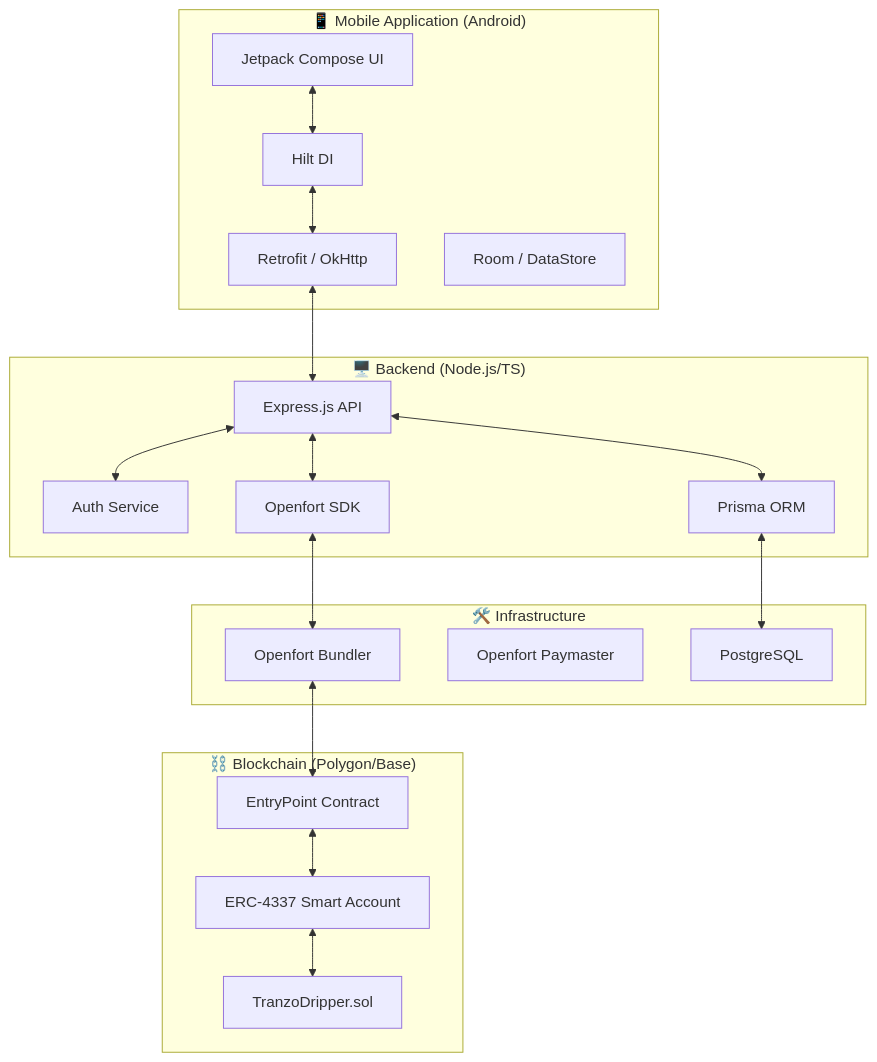
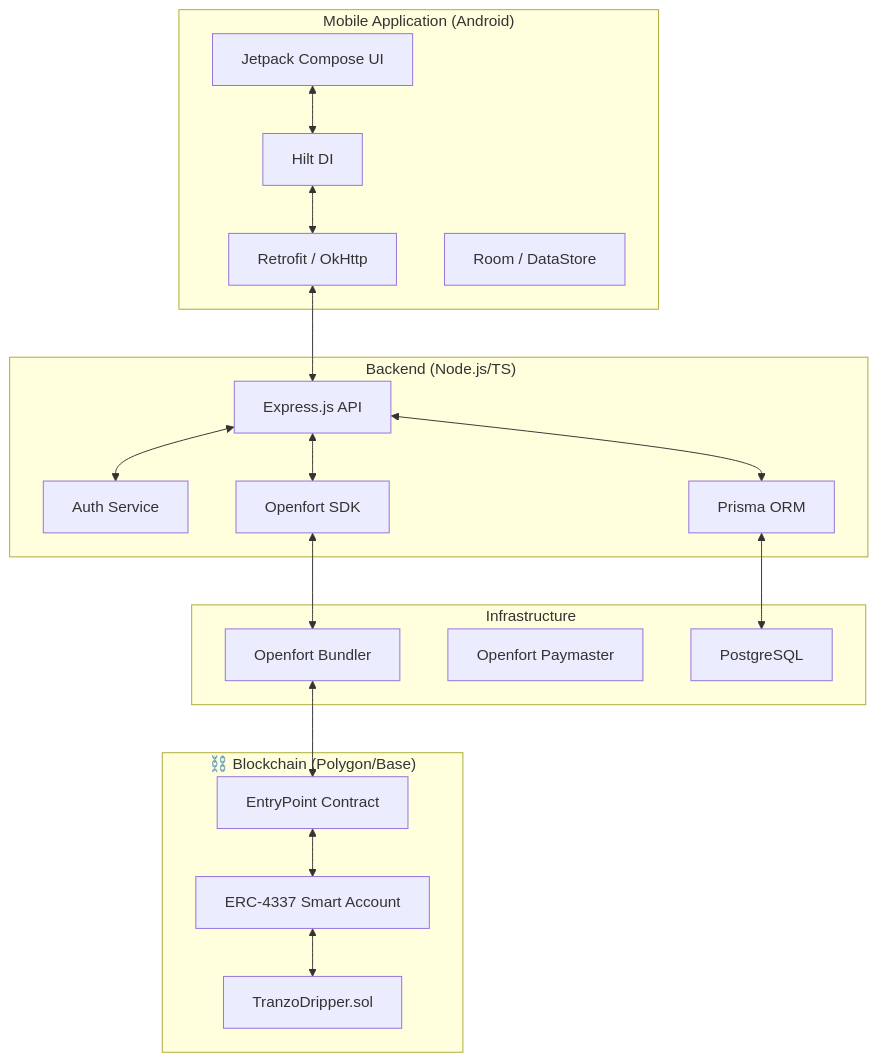
One commit to Pranav00x/Tranzo.money changed the first of 5 diagrams in README.md. Above: the diagram before and after it, drawn with Mermaid. The commit also changed other lines of this file and 4 other files, not shown here.

````diff
--- a/README.md
+++ b/README.md
@@ -77,40 +77,40 @@
 ```mermaid
 graph TD
-    subgraph "📱 Mobile Application (Android)"
+    subgraph " Mobile Application (Android)"
         A[Jetpack Compose UI]
         B[Hilt DI]
         C[Retrofit / OkHttp]
         D[Room / DataStore]
     end
 
-    subgraph "🖥️ Backend (Node.js/TS)"
+    subgraph "️ Backend (Node.js/TS)"
         E[Express.js API]
         F[Auth Service]
         G[Openfort SDK]
         H[Prisma ORM]
     end
 
     subgraph "⛓️ Blockchain (Polygon/Base)"
         I[ERC-4337 Smart Account]
         J[TranzoDripper.sol]
         K[EntryPoint Contract]
     end
 
-    subgraph "🛠️ Infrastructure"
+    subgraph "️ Infrastructure"
         L[Openfort Bundler]
         M[Openfort Paymaster]
         N[PostgreSQL]
     end
 
     A <--> B
     B <--> C
     C <--> E
     E <--> F
     E <--> G
     G <--> L
     L <--> K
     K <--> I
     E <--> H
     H <--> N
     I <--> J
 ```
````
